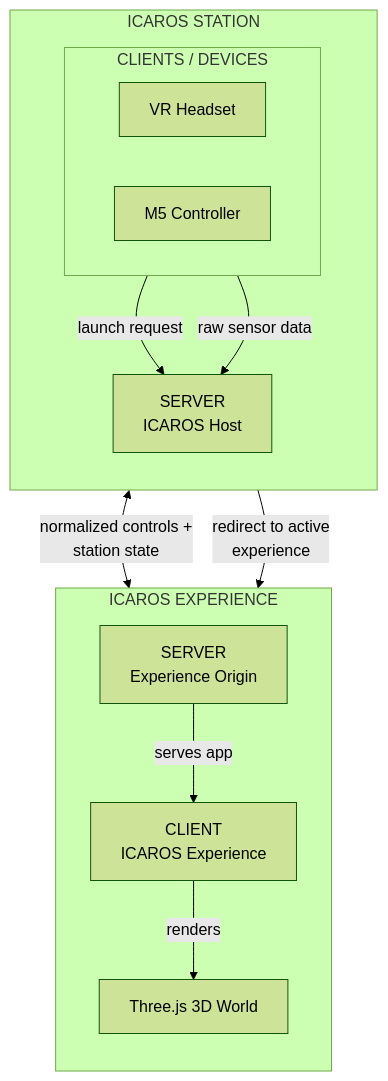
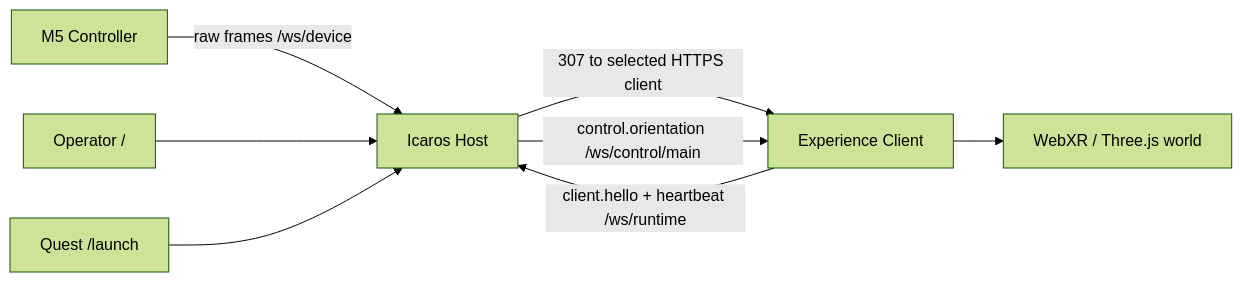
The diagram in docs/architecture.md (dweigend/Icaros_Host), drawn with Mermaid (forest theme) before and after one commit. The commit also changed other lines of this file and 105 other files, not shown here.

````diff
--- a/docs/architecture.md
+++ b/docs/architecture.md
@@ -9,32 +11,10 @@
 ```mermaid
-flowchart TD
-  subgraph Station["ICAROS STATION"]
-    direction TB
-
-    subgraph StationClients["CLIENTS / DEVICES"]
-      direction LR
-      Headset["VR Headset"]
-      M5["M5 Controller"]
-    end
-
-    Host["SERVER<br/>ICAROS Host"]
-
-    Headset -->|"launch request"| Host
-    M5 -->|"raw sensor data"| Host
-  end
-
-  Host <-->|"normalized controls +<br/>station state"| ExperienceApp
-
-  subgraph Experience["ICAROS EXPERIENCE"]
-    direction TB
-
-    ExperienceOrigin["SERVER<br/>Experience Origin"]
-    ExperienceApp["CLIENT<br/>ICAROS Experience"]
-    World["Three.js 3D World"]
-
-    ExperienceOrigin -->|"serves app"| ExperienceApp
-    ExperienceApp -->|"renders"| World
-  end
-
-  Host -->|"redirect to active<br/>experience"| ExperienceOrigin
+flowchart LR
+  M5["M5 Controller"] -->|"raw frames /ws/device"| Host["Icaros Host"]
+  Operator["Operator /"] --> Host
+  Headset["Quest /launch"] --> Host
+  Host -->|"307 to selected HTTPS client"| Client["Experience Client"]
+  Client -->|"client.hello + heartbeat /ws/runtime"| Host
+  Host -->|"control.orientation /ws/control/main"| Client
+  Client --> World["WebXR / Three.js world"]
 ```
````
